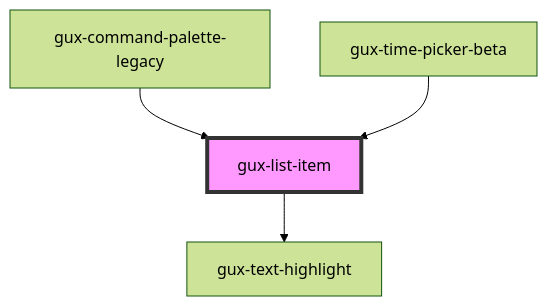
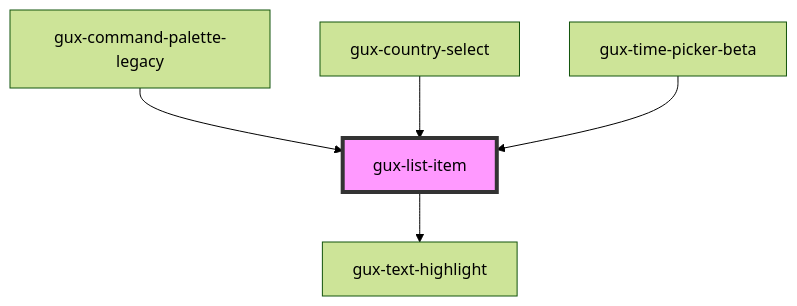
One commit to MyPureCloud/genesys-spark changed the diagram in src/components/stable/gux-list/list-item/readme.md. Above: the diagram before and after it, drawn with Mermaid (forest theme). The commit also changed other lines of this file and 261 other files, not shown here.

````diff
--- a/src/components/stable/gux-list/list-item/readme.md
+++ b/src/components/stable/gux-list/list-item/readme.md
@@ -50,7 +51,8 @@
 ```mermaid
 graph TD;
   gux-list-item --> gux-text-highlight
   gux-command-palette-legacy --> gux-list-item
+  gux-country-select --> gux-list-item
   gux-time-picker-beta --> gux-list-item
   style gux-list-item fill:#f9f,stroke:#333,stroke-width:4px
 ```
````
